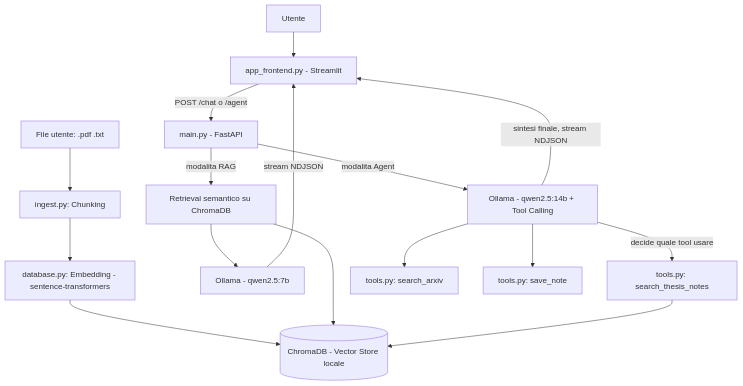
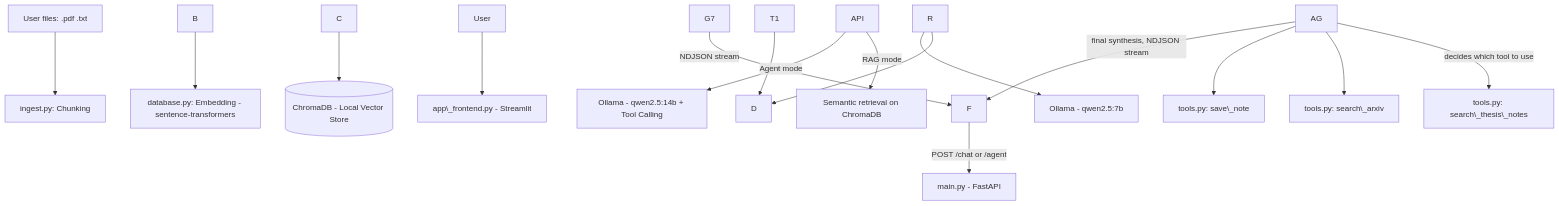
One commit to francescomalesci/local-coderag-api changed the diagram in README.md. Above: the diagram before and after it, drawn with Mermaid. The commit also changed other lines of this file, not shown here.

````diff
--- a/README.md
+++ b/README.md
@@ -17,21 +17,21 @@
 ```mermaid
 flowchart TD
-    A[File utente: .pdf .txt] --> B[ingest.py: Chunking]
-    B --> C[database.py: Embedding - sentence-transformers]
-    C --> D[(ChromaDB - Vector Store locale)]
+    A\[User files: .pdf .txt] --> B\[ingest.py: Chunking]
+    B --> C\[database.py: Embedding - sentence-transformers]
+    C --> D\[(ChromaDB - Local Vector Store)]
 
-    U[Utente] --> F[app_frontend.py - Streamlit]
-    F -->|POST /chat o /agent| API[main.py - FastAPI]
+    U\[User] --> F\[app\_frontend.py - Streamlit]
+    F -->|POST /chat or /agent| API\[main.py - FastAPI]
 
-    API -->|modalita RAG| R[Retrieval semantico su ChromaDB]
+    API -->|RAG mode| R\[Semantic retrieval on ChromaDB]
     R --> D
-    R --> G7[Ollama - qwen2.5:7b]
-    G7 -->|stream NDJSON| F
+    R --> G7\[Ollama - qwen2.5:7b]
+    G7 -->|NDJSON stream| F
 
-    API -->|modalita Agent| AG[Ollama - qwen2.5:14b + Tool Calling]
-    AG -->|decide quale tool usare| T1[tools.py: search_thesis_notes]
-    AG --> T2[tools.py: search_arxiv]
-    AG --> T3[tools.py: save_note]
+    API -->|Agent mode| AG\[Ollama - qwen2.5:14b + Tool Calling]
+    AG -->|decides which tool to use| T1\[tools.py: search\_thesis\_notes]
+    AG --> T2\[tools.py: search\_arxiv]
+    AG --> T3\[tools.py: save\_note]
     T1 --> D
-    AG -->|sintesi finale, stream NDJSON| F
+    AG -->|final synthesis, NDJSON stream| F
 ```
````
